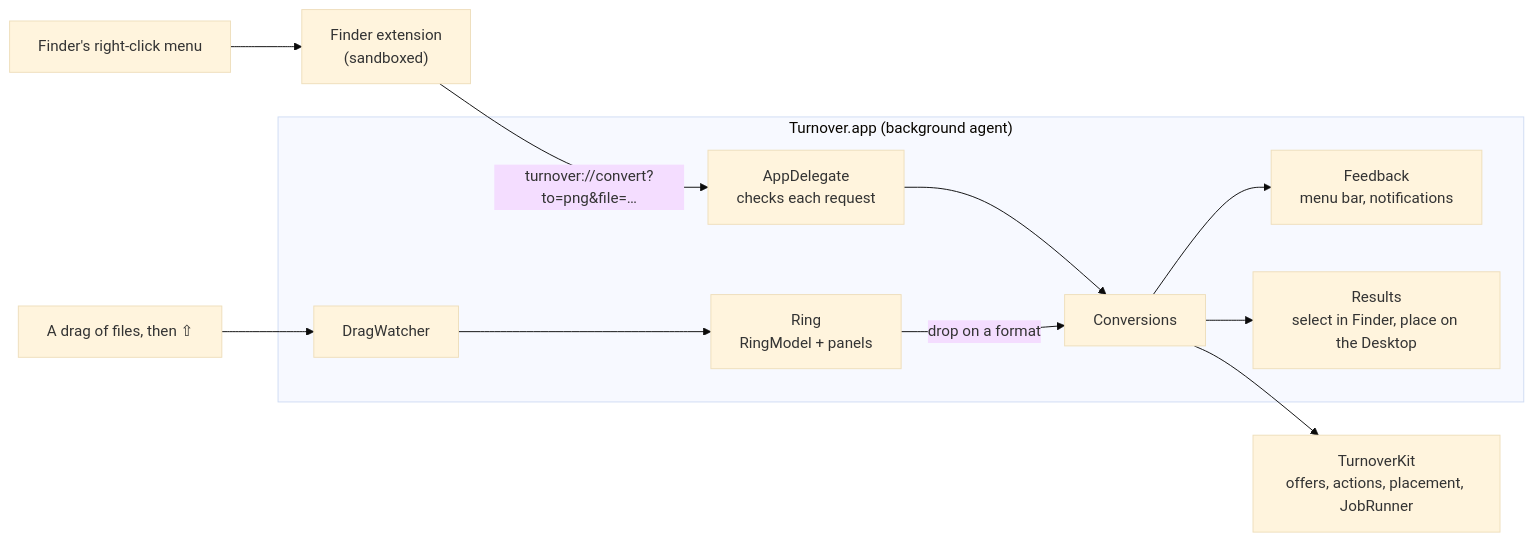
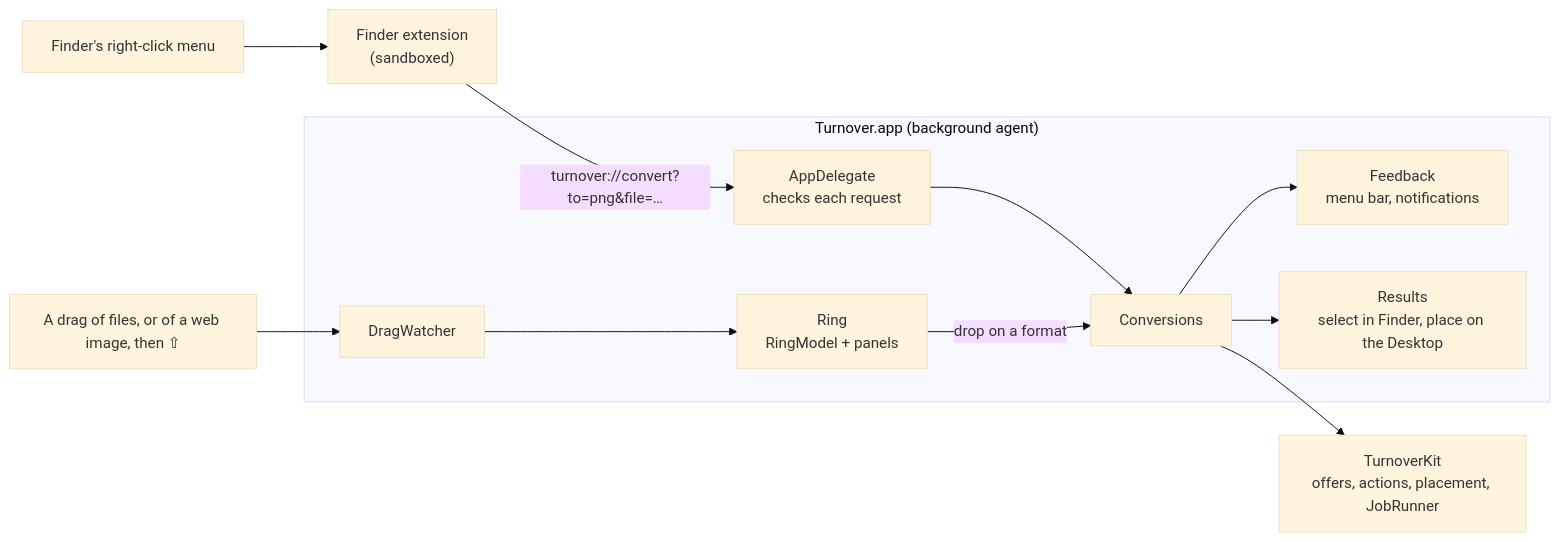
The diagram in docs/architecture.md (guivalenca/turnover), drawn with Mermaid (base theme) before and after one commit. The commit also changed other lines of this file and 4 other files, not shown here.

````diff
--- a/docs/architecture.md
+++ b/docs/architecture.md
@@ -9,16 +9,16 @@
 ```mermaid
 flowchart LR
     menu["Finder's right-click menu"] --> ext["Finder extension<br/>(sandboxed)"]
     ext -- "turnover://convert?to=png&file=…" --> delegate
-    drag["A drag of files, then ⇧"] --> watcher
+    drag["A drag of files, or of a web image, then ⇧"] --> watcher
 
     subgraph app ["Turnover.app (background agent)"]
         delegate["AppDelegate<br/>checks each request"] --> conversions
         watcher["DragWatcher"] --> ring["Ring<br/>RingModel + panels"]
         ring -- "drop on a format" --> conversions["Conversions"]
         conversions --> feedback["Feedback<br/>menu bar, notifications"]
         conversions --> results["Results<br/>select in Finder, place on the Desktop"]
     end
 
     conversions --> kit["TurnoverKit<br/>offers, actions, placement, JobRunner"]
 ```
````
